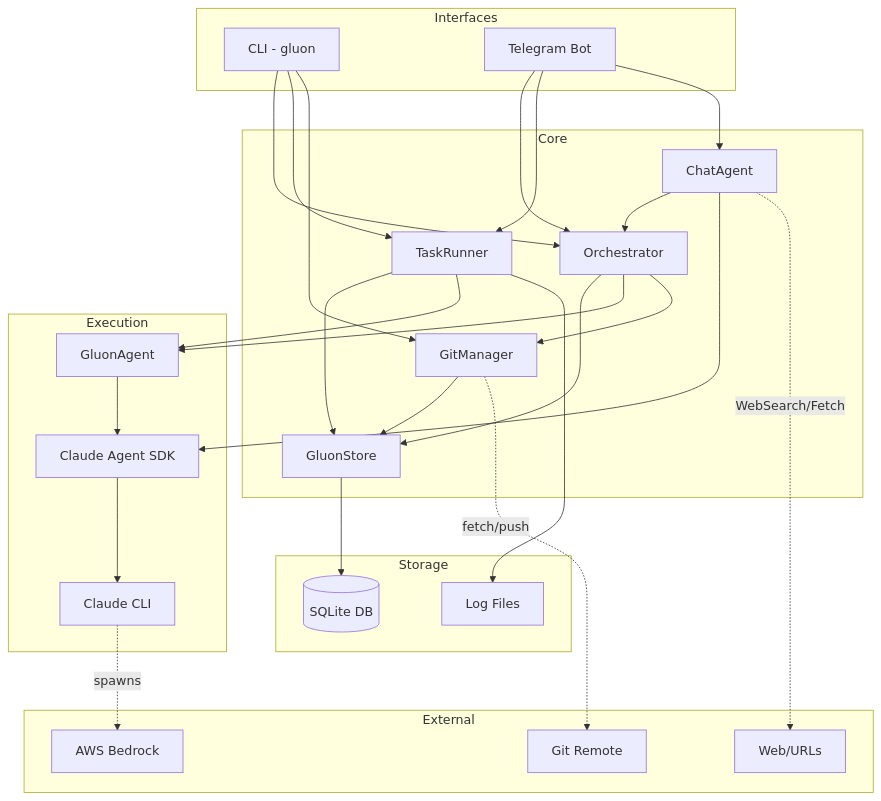
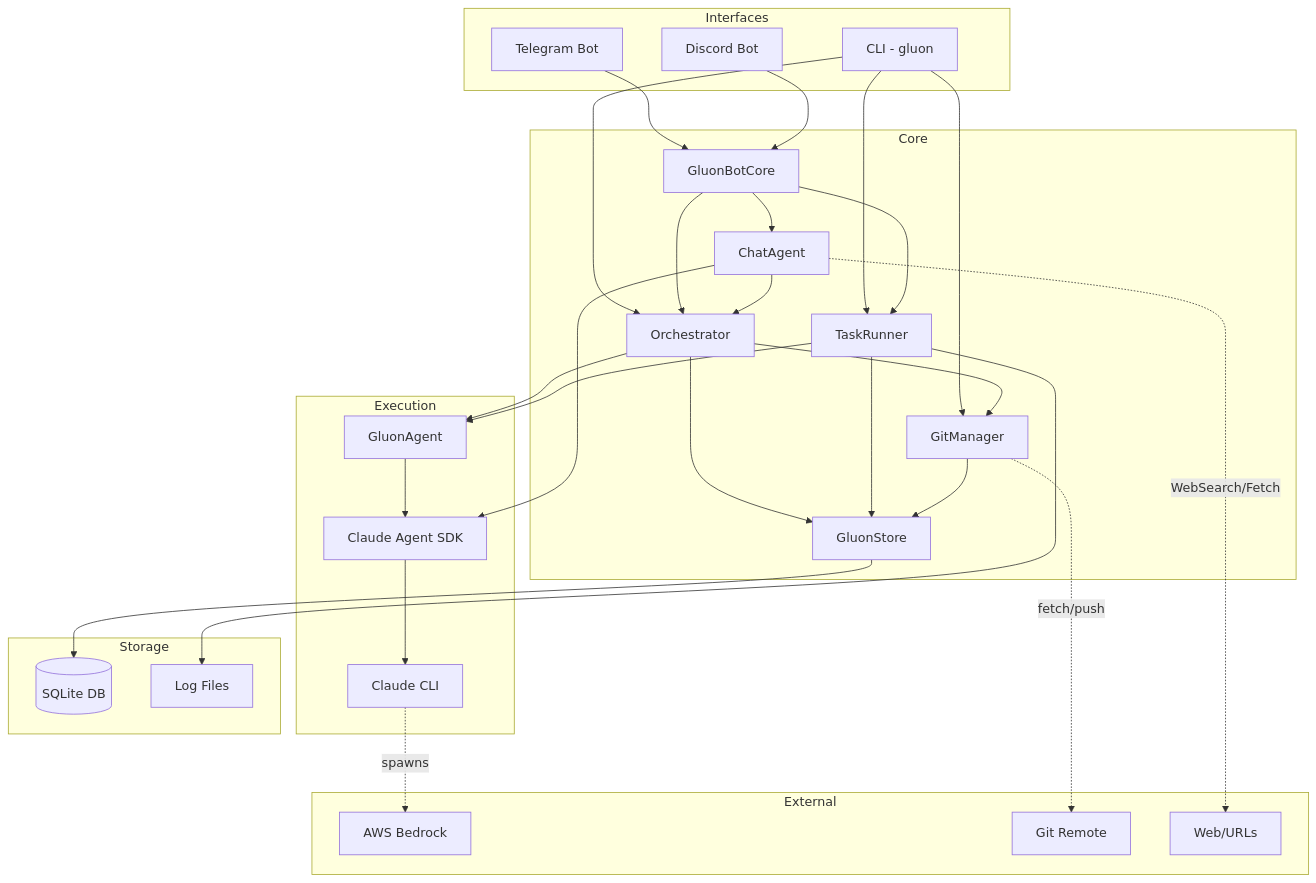
The first of 18 diagrams in README.md (carrotly-ai/gluon-agent), drawn with Mermaid before and after one commit. The commit also changed other lines of this file and 18 other files, not shown here.

````diff
--- a/README.md
+++ b/README.md
@@ -72,60 +74,64 @@
 ```mermaid
 graph TB
     subgraph Interfaces
         CLI[CLI - gluon]
         TG[Telegram Bot]
+        DC[Discord Bot]
     end
 
     subgraph Core
+        BOTCORE[GluonBotCore]
         ORCH[Orchestrator]
         RUNNER[TaskRunner]
         STORE[GluonStore]
         GIT[GitManager]
         CHAT[ChatAgent]
     end
 
     subgraph Execution
         AGENT[GluonAgent]
         SDK[Claude Agent SDK]
         CLAUDE[Claude CLI]
     end
 
     subgraph Storage
         DB[(SQLite DB)]
         LOGS[Log Files]
     end
 
     subgraph External
         BEDROCK[AWS Bedrock]
         REMOTE[Git Remote]
         WEB[Web/URLs]
     end
 
     CLI --> ORCH
     CLI --> RUNNER
     CLI --> GIT
-    TG --> ORCH
-    TG --> RUNNER
-    TG --> CHAT
+    TG --> BOTCORE
+    DC --> BOTCORE
+    BOTCORE --> ORCH
+    BOTCORE --> RUNNER
+    BOTCORE --> CHAT
 
     CHAT --> ORCH
     CHAT --> SDK
     CHAT -.->|WebSearch/Fetch| WEB
 
     ORCH --> STORE
     ORCH --> AGENT
     ORCH --> GIT
     RUNNER --> STORE
     RUNNER --> AGENT
 
     GIT --> STORE
     GIT -.->|fetch/push| REMOTE
 
     AGENT --> SDK
     SDK --> CLAUDE
 
     STORE --> DB
     RUNNER --> LOGS
 
     CLAUDE -.->|spawns| BEDROCK
 ```
````
